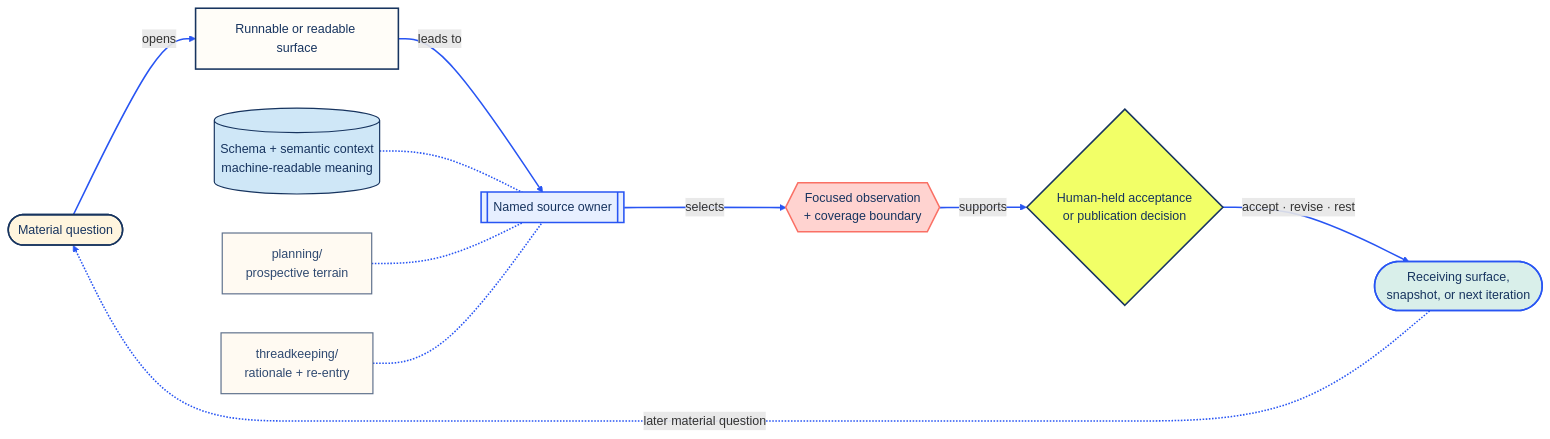
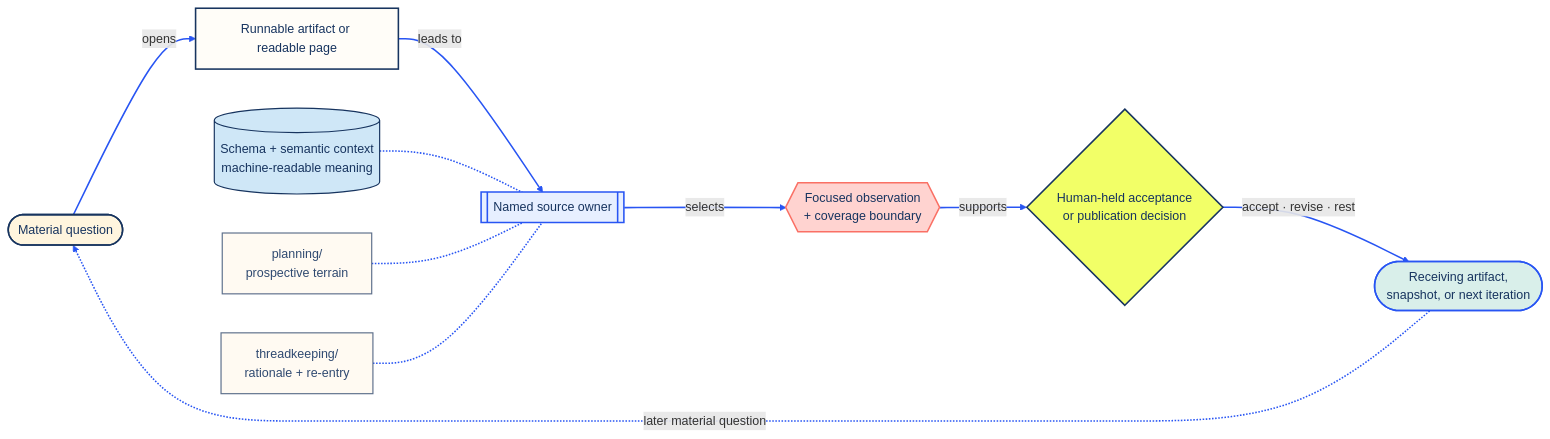
The diagram in README.md (driftframestudios/human-ai-systems-exemplars), drawn with Mermaid before and after one commit. The commit also changed other lines of this file and 52 other files, not shown here.

````diff
--- a/README.md
+++ b/README.md
@@ -137,32 +146,32 @@
 ```mermaid
 flowchart LR
-    Q([Material question]) -->|opens| S[Runnable or readable surface]
+    Q([Material question]) -->|opens| S[Runnable artifact or readable page]
     S -->|leads to| O[[Named source owner]]
     O -->|selects| E{{Focused observation<br/>+ coverage boundary}}
     E -->|supports| H{Human-held acceptance<br/>or publication decision}
-    H -->|accept · revise · rest| R([Receiving surface,<br/>snapshot, or next iteration])
+    H -->|accept · revise · rest| R([Receiving artifact,<br/>snapshot, or next iteration])
     R -. later material question .-> Q
 
     C[(Schema + semantic context<br/>machine-readable meaning)] -.- O
     P[planning/<br/>prospective terrain] -.- O
     T[threadkeeping/<br/>rationale + re-entry] -.- O
 
     classDef question fill:#fff5de,stroke:#17345f,stroke-width:2px,color:#17345f;
     classDef surface fill:#fffdf8,stroke:#17345f,stroke-width:2px,color:#17345f;
     classDef source fill:#e7efff,stroke:#2855f3,stroke-width:2px,color:#17345f;
     classDef evidence fill:#ffd3d0,stroke:#fa7065,stroke-width:2px,color:#17345f;
     classDef decision fill:#f2ff67,stroke:#17345f,stroke-width:2px,color:#17345f;
     classDef receiver fill:#d9efea,stroke:#2855f3,stroke-width:2px,color:#17345f;
     classDef context fill:#cfe7f7,stroke:#17345f,stroke-width:1.5px,color:#17345f;
     classDef record fill:#fffaf2,stroke:#5d6f8b,stroke-width:1.5px,color:#304a71;
 
     class Q question;
     class S surface;
     class O source;
     class E evidence;
     class H decision;
     class R receiver;
     class C context;
     class P,T record;
     linkStyle default stroke:#2855f3,stroke-width:2px;
 ```
````
